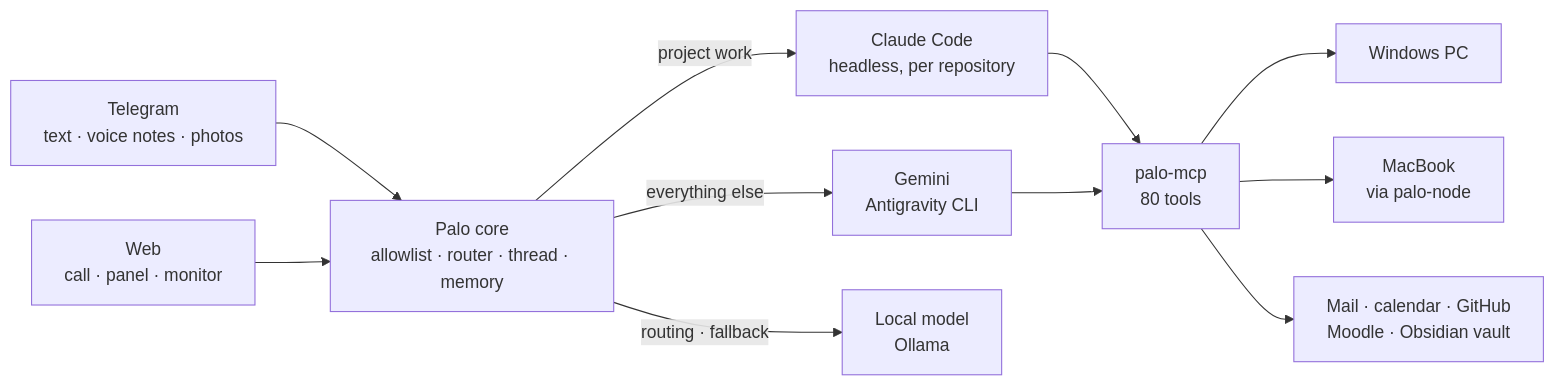
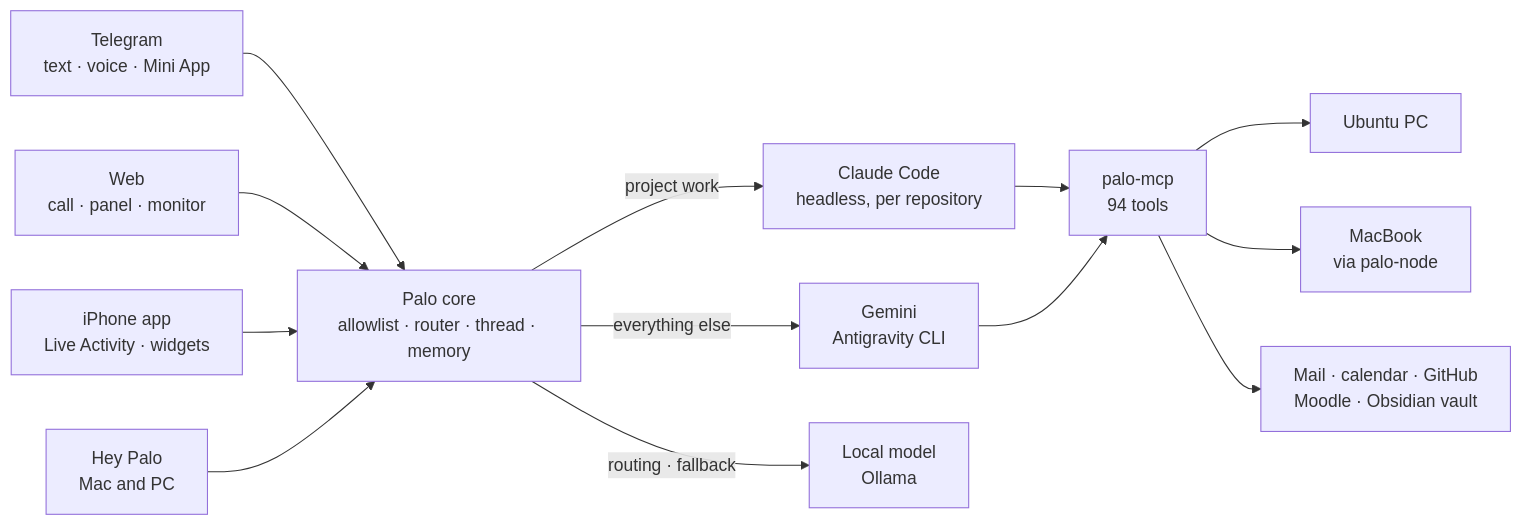
Before and after one commit to juanmmm21/Palo-AI: the diagram in README.md, drawn with Mermaid. The commit also changed other lines of this file, not shown here.

Commit message:
docs(readme): the iphone app, hey palo, the screen, the ubuntu pc, new autonomy and current numbers

````diff
--- a/README.md
+++ b/README.md
@@ -50,13 +54,15 @@
 ```mermaid
 flowchart LR
-    TG[Telegram<br/>text · voice notes · photos] --> CORE
+    TG[Telegram<br/>text · voice · Mini App] --> CORE
     WEB[Web<br/>call · panel · monitor] --> CORE
+    IOS[iPhone app<br/>Live Activity · widgets] --> CORE
+    EAR[Hey Palo<br/>Mac and PC] --> CORE
     CORE[Palo core<br/>allowlist · router · thread · memory] -->|project work| CC[Claude Code<br/>headless, per repository]
     CORE -->|everything else| GM[Gemini<br/>Antigravity CLI]
     CORE -->|routing · fallback| OL[Local model<br/>Ollama]
     CC --> MCP
     GM --> MCP
-    MCP[palo-mcp<br/>80 tools] --> PC[Windows PC]
+    MCP[palo-mcp<br/>94 tools] --> PC[Ubuntu PC]
     MCP --> MAC[MacBook<br/>via palo-node]
     MCP --> SVC[Mail · calendar · GitHub<br/>Moodle · Obsidian vault]
 ```
````
